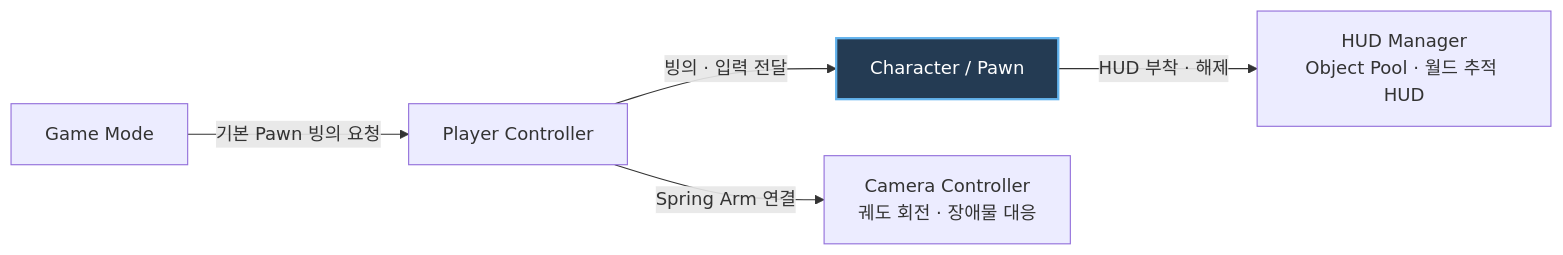
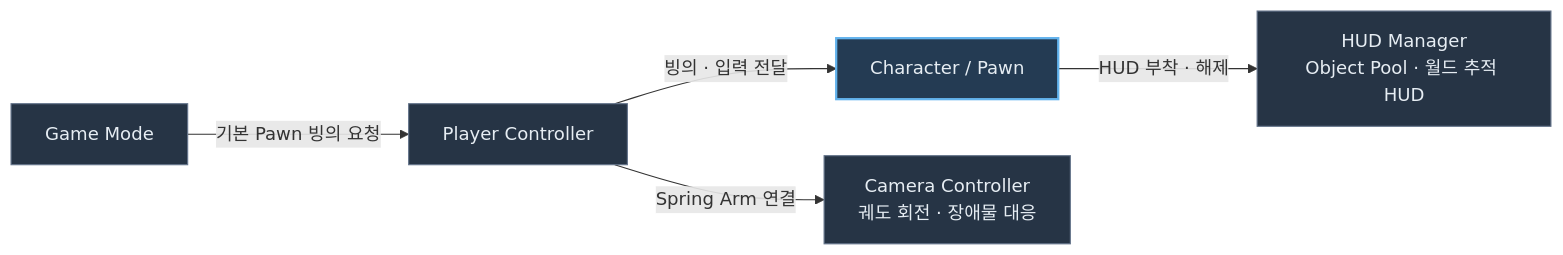
One commit to MDJ0126/DJUnityFramework changed the first of 2 diagrams in README.md. Above: the diagram before and after it, drawn with Mermaid. The commit also changed other lines of this file, not shown here.

````diff
--- a/README.md
+++ b/README.md
@@ -39,16 +37,27 @@
 ```mermaid
+---
+config:
+  themeCSS: |
+    .node a, .node a:link, .node a:visited, .node a:hover,
+    .node .nodeLabel, .node .nodeLabel *, .node text {
+      color: #e6edf3 !important;
+      fill: #e6edf3 !important;
+      text-decoration: none !important;
+    }
+---
 flowchart LR
     GameMode[Game Mode] -->|기본 Pawn 빙의 요청| Controller[Player Controller]
     Controller -->|빙의 · 입력 전달| Character[Character / Pawn]
     Controller -->|Spring Arm 연결| Camera["Camera Controller<br/>궤도 회전 · 장애물 대응"]
     Character -->|HUD 부착 · 해제| HUD["HUD Manager<br/>Object Pool · 월드 추적 HUD"]
 
-    classDef focus fill:#243b53,stroke:#63b3ed,color:#fff,stroke-width:2px
+    classDef default fill:#263445,stroke:#64748b,color:#e6edf3
+    classDef focus fill:#243b53,stroke:#63b3ed,color:#e6edf3,stroke-width:2px
     class Character focus
 
-    click GameMode href "https://github.com/MDJ0126/DJUnityFramework/blob/main/Assets/Scripts/Management/GameMode.cs" "GameMode.cs" _blank
-    click Controller href "https://github.com/MDJ0126/DJUnityFramework/blob/main/Assets/Scripts/InGame/Object/PlayerController.cs" "PlayerController.cs" _blank
-    click Character href "https://github.com/MDJ0126/DJUnityFramework/blob/main/Assets/Scripts/InGame/Object/Pawn/Character/Character.cs" "Character.cs" _blank
-    click Camera href "https://github.com/MDJ0126/DJUnityFramework/blob/main/Assets/Scripts/Common/PlayerCameraController.cs" "PlayerCameraController.cs" _blank
-    click HUD href "https://github.com/MDJ0126/DJUnityFramework/blob/main/Assets/Scripts/UI/HUD/HUDManager.cs" "HUDManager.cs" _blank
+    click GameMode href "https://github.com/MDJ0126/DJUnityFramework/blob/main/Assets/Scripts/Management/GameMode.cs" "GameMode.cs 열기" _blank
+    click Controller href "https://github.com/MDJ0126/DJUnityFramework/blob/main/Assets/Scripts/InGame/Object/PlayerController.cs" "PlayerController.cs 열기" _blank
+    click Character href "https://github.com/MDJ0126/DJUnityFramework/blob/main/Assets/Scripts/InGame/Object/Pawn/Character/Character.cs" "Character.cs 열기" _blank
+    click Camera href "https://github.com/MDJ0126/DJUnityFramework/blob/main/Assets/Scripts/Common/PlayerCameraController.cs" "PlayerCameraController.cs 열기" _blank
+    click HUD href "https://github.com/MDJ0126/DJUnityFramework/blob/main/Assets/Scripts/UI/HUD/HUDManager.cs" "HUDManager.cs 열기" _blank
 ```
````
